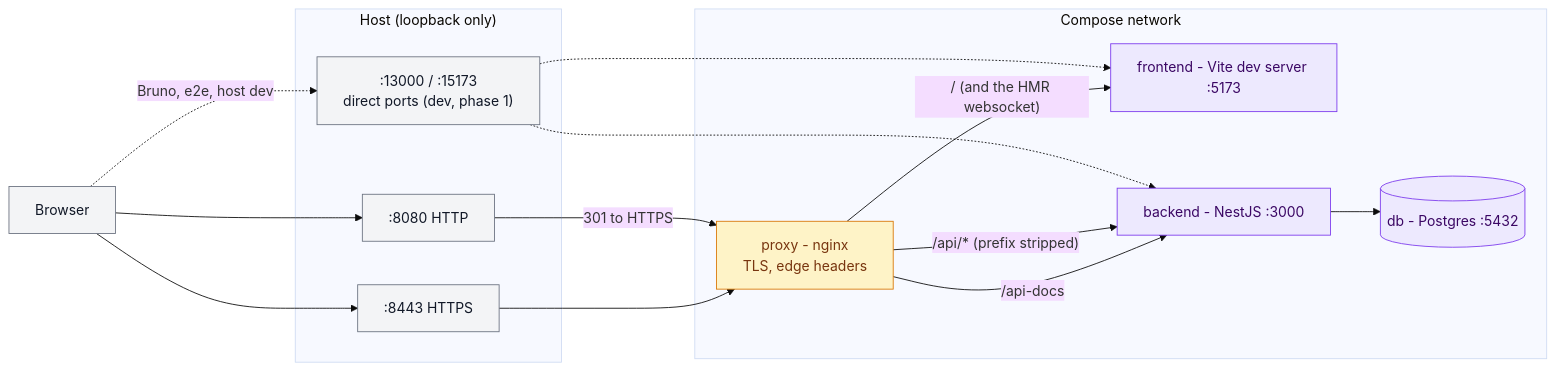
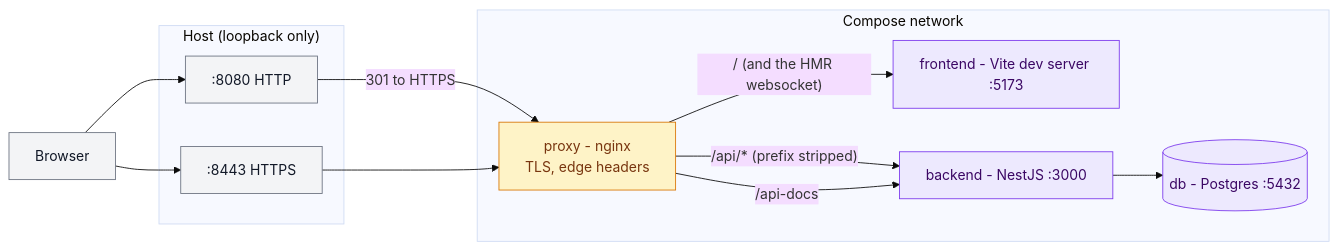
Before and after one commit to kidp8479/42_hypertube: the first of 3 diagrams in docs/diagrams/network.md, drawn with Mermaid (base theme). The commit also changed other lines of this file and 7 other files, not shown here.

First line of the commit message:
docs(HYP-71): phase 2 in the ADRs, the network diagram, onboarding and the checklist

````diff
--- a/docs/diagrams/network.md
+++ b/docs/diagrams/network.md
@@ -9,35 +9,31 @@
 ```mermaid
 flowchart LR
     browser["Browser"]
 
     subgraph host["Host (loopback only)"]
         p8080[":8080 HTTP"]
         p8443[":8443 HTTPS"]
-        direct[":13000 / :15173<br/>direct ports (dev, phase 1)"]
     end
 
     subgraph net["Compose network"]
         proxy["proxy - nginx<br/>TLS, edge headers"]
         frontend["frontend - Vite dev server :5173"]
         backend["backend - NestJS :3000"]
         db[("db - Postgres :5432")]
     end
 
     browser --> p8080 -- "301 to HTTPS" --> proxy
     browser --> p8443 --> proxy
-    browser -. "Bruno, e2e, host dev" .-> direct
-    direct -.-> frontend
-    direct -.-> backend
 
     proxy -- "/ (and the HMR websocket)" --> frontend
     proxy -- "/api/* (prefix stripped)" --> backend
     proxy -- "/api-docs" --> backend
     backend --> db
 
     classDef edge fill:#fef3c7,stroke:#d97706,color:#78350f
     classDef svc fill:#ede9fe,stroke:#7c3aed,color:#3b0764
     classDef ext fill:#f3f4f6,stroke:#6b7280,color:#111827
     class proxy edge
     class frontend,backend,db svc
-    class browser,p8080,p8443,direct ext
+    class browser,p8080,p8443 ext
 ```
````
